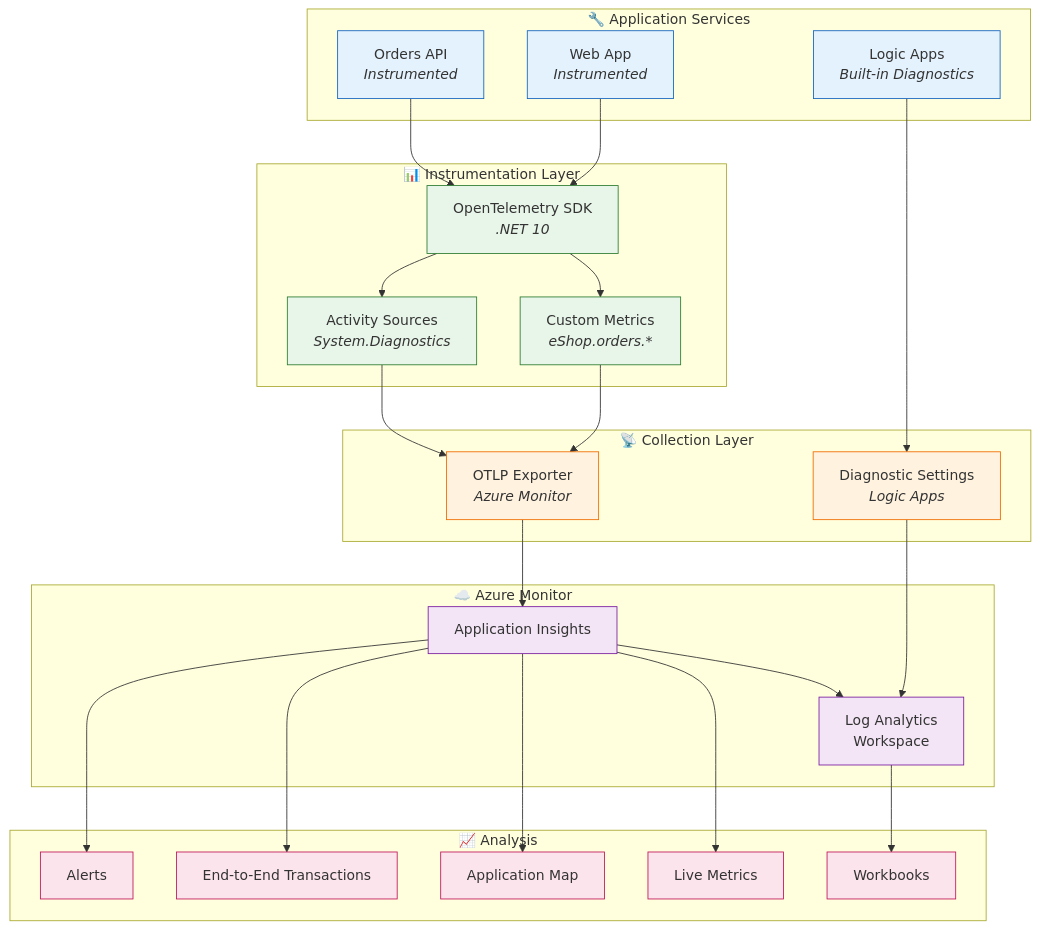
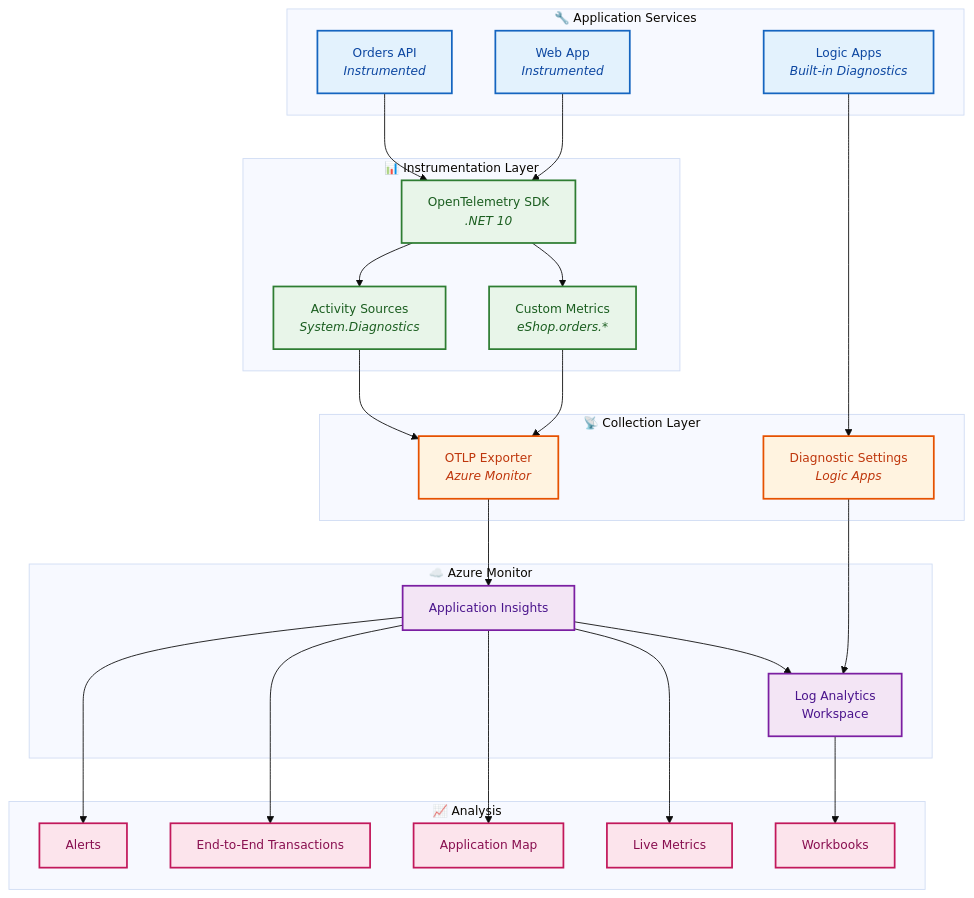
The first of 2 diagrams in docs/architecture/05-observability-architecture.md (Evilazaro/Azure-LogicApps-Monitoring), drawn with Mermaid before and after one commit. The commit also changed other lines of this file, not shown here.

Commit message:
Enhance observability architecture documentation with improved Mermaid diagram styles and accessibility features

````diff
--- a/docs/architecture/05-observability-architecture.md
+++ b/docs/architecture/05-observability-architecture.md
@@ -23,67 +23,69 @@
 ```mermaid
+%%{init: {'theme': 'base', 'themeVariables': { 'fontSize': '14px'}}}%%
 flowchart TB
     subgraph Services["🔧 Application Services"]
         API["Orders API<br/><i>Instrumented</i>"]
         Web["Web App<br/><i>Instrumented</i>"]
         LA["Logic Apps<br/><i>Built-in Diagnostics</i>"]
     end
 
     subgraph Instrumentation["📊 Instrumentation Layer"]
         OTEL["OpenTelemetry SDK<br/><i>.NET 10</i>"]
         Custom["Custom Metrics<br/><i>eShop.orders.*</i>"]
         Activity["Activity Sources<br/><i>System.Diagnostics</i>"]
     end
 
     subgraph Collection["📡 Collection Layer"]
         OTLP["OTLP Exporter<br/><i>Azure Monitor</i>"]
         Diag["Diagnostic Settings<br/><i>Logic Apps</i>"]
     end
 
     subgraph Backend["☁️ Azure Monitor"]
         AI["Application Insights"]
         LAW["Log Analytics<br/>Workspace"]
     end
 
     subgraph Analysis["📈 Analysis"]
         LiveMetrics["Live Metrics"]
         AppMap["Application Map"]
         E2E["End-to-End Transactions"]
         Workbooks["Workbooks"]
         Alerts["Alerts"]
     end
 
     %% Instrumentation flow
     API --> OTEL
     Web --> OTEL
     OTEL --> Custom
     OTEL --> Activity
     
     %% Collection flow
     Custom --> OTLP
     Activity --> OTLP
     LA --> Diag
 
     %% Backend flow
     OTLP --> AI
     Diag --> LAW
     AI --> LAW
 
     %% Analysis flow
     AI --> LiveMetrics
     AI --> AppMap
     AI --> E2E
     LAW --> Workbooks
     AI --> Alerts
 
-    classDef service fill:#e3f2fd,stroke:#1565c0
-    classDef instrumentation fill:#e8f5e9,stroke:#2e7d32
-    classDef collection fill:#fff3e0,stroke:#ef6c00
-    classDef backend fill:#f3e5f5,stroke:#7b1fa2
-    classDef analysis fill:#fce4ec,stroke:#c2185b
+    %% Accessible color palette for observability layers
+    classDef service fill:#e3f2fd,stroke:#1565c0,stroke-width:2px,color:#0d47a1
+    classDef instrumentation fill:#e8f5e9,stroke:#2e7d32,stroke-width:2px,color:#1b5e20
+    classDef collection fill:#fff3e0,stroke:#e65100,stroke-width:2px,color:#bf360c
+    classDef backend fill:#f3e5f5,stroke:#7b1fa2,stroke-width:2px,color:#4a148c
+    classDef analysis fill:#fce4ec,stroke:#c2185b,stroke-width:2px,color:#880e4f
 
     class API,Web,LA service
     class OTEL,Custom,Activity instrumentation
     class OTLP,Diag collection
     class AI,LAW backend
     class LiveMetrics,AppMap,E2E,Workbooks,Alerts analysis
 ```
````
